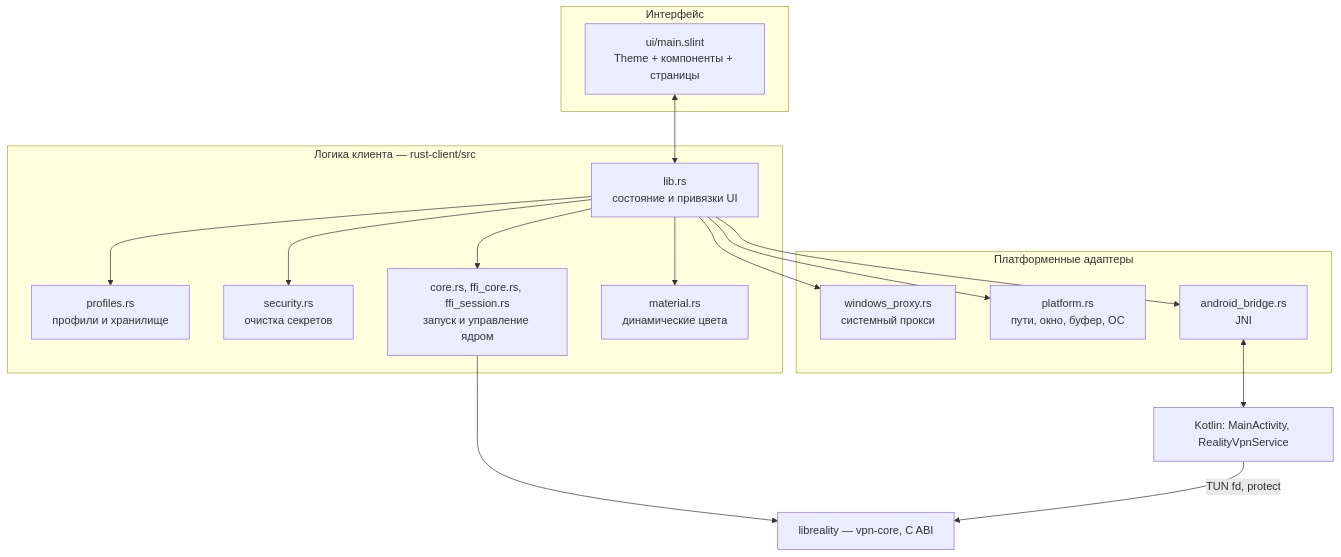
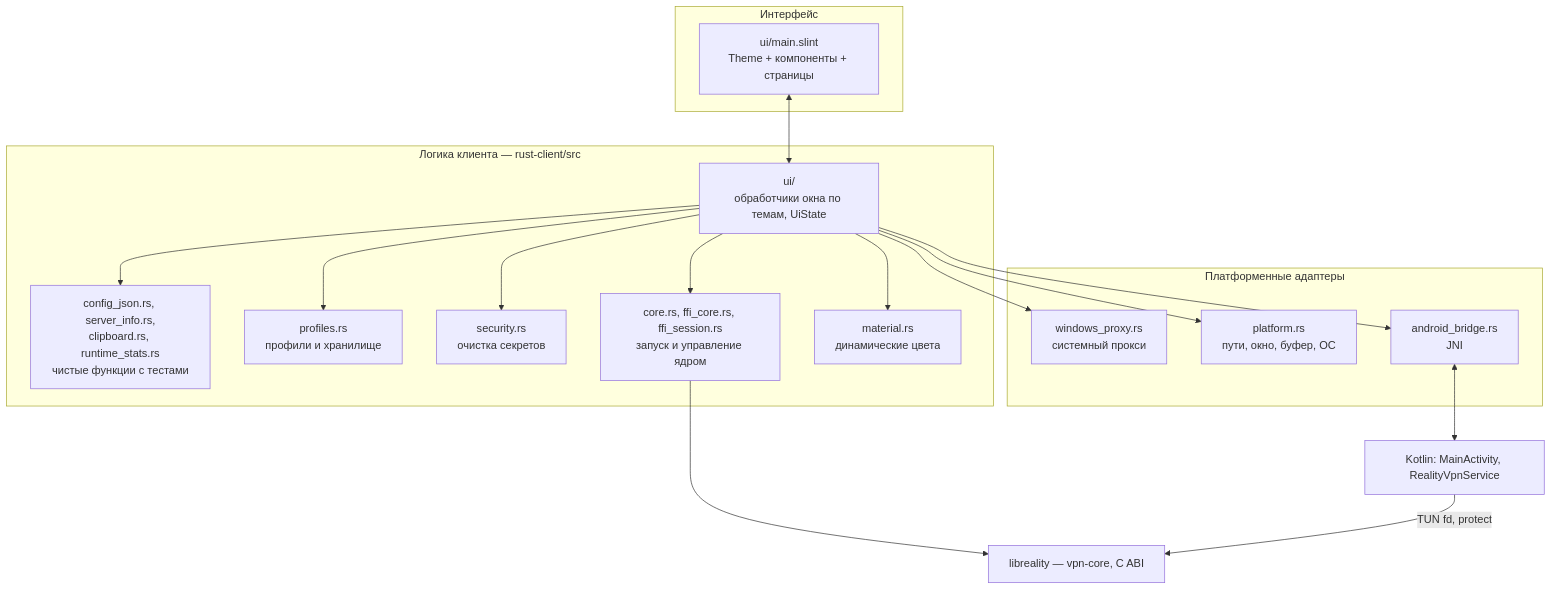
The first of 2 diagrams in docs/ARCHITECTURE.md (ERGFT/reality-client), drawn with Mermaid before and after one commit. The commit also changed other lines of this file and 20 other files, not shown here.

First line of the commit message:
Split lib.rs into ui/ and pure modules (stage 5)

````diff
--- a/docs/ARCHITECTURE.md
+++ b/docs/ARCHITECTURE.md
@@ -22,27 +22,28 @@
 ```mermaid
 flowchart TB
   subgraph UI[Интерфейс]
     S[ui/main.slint<br/>Theme + компоненты + страницы]
   end
   subgraph APP[Логика клиента — rust-client/src]
-    LIB[lib.rs<br/>состояние и привязки UI]
+    UIM[ui/<br/>обработчики окна по темам, UiState]
+    PURE[config_json.rs, server_info.rs,<br/>clipboard.rs, runtime_stats.rs<br/>чистые функции с тестами]
     PR[profiles.rs<br/>профили и хранилище]
     SEC[security.rs<br/>очистка секретов]
     CORE[core.rs, ffi_core.rs, ffi_session.rs<br/>запуск и управление ядром]
     MAT[material.rs<br/>динамические цвета]
   end
   subgraph PLAT[Платформенные адаптеры]
     WP[windows_proxy.rs<br/>системный прокси]
     PF[platform.rs<br/>пути, окно, буфер, ОС]
     AB[android_bridge.rs<br/>JNI]
   end
   K[Kotlin: MainActivity, RealityVpnService]
   LR[libreality — vpn-core, C ABI]
 
-  S <--> LIB
-  LIB --> PR & SEC & CORE & MAT
-  LIB --> WP & PF & AB
+  S <--> UIM
+  UIM --> PURE & PR & SEC & CORE & MAT
+  UIM --> WP & PF & AB
   CORE --> LR
   AB <--> K
   K -- TUN fd, protect --> LR
 ```
````
